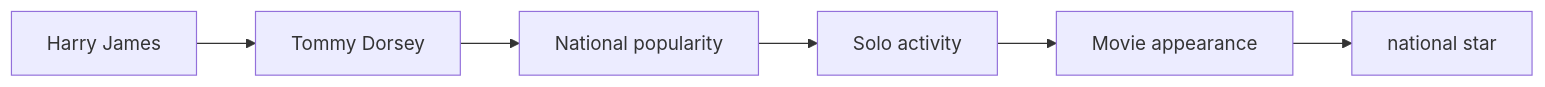
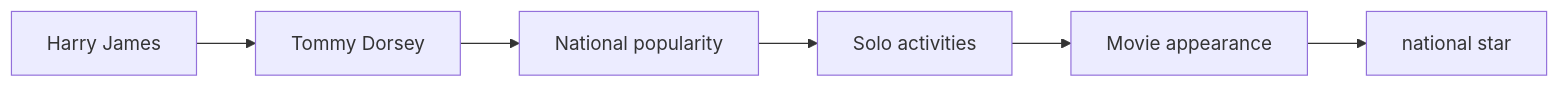
The second of 5 diagrams in en/_posts/2026-06-25-column-frank-sinatra.md (monumental-movement/monumental-movement.github.io), drawn with Mermaid before and after one commit. The commit also changed other lines of this file and 423 other files, not shown here.

```diff
--- a/en/_posts/2026-06-25-column-frank-sinatra.md
+++ b/en/_posts/2026-06-25-column-frank-sinatra.md
@@ -170,8 +170,8 @@
 <div class="mermaid">
 flowchart LR
 A[Harry James] --> B[Tommy Dorsey]
 B --> C[National popularity]
-C --> D[Solo activity]
+C --> D[Solo activities]
 D --> E[Movie appearance]
 E --> F[national star]
 </div>
```
